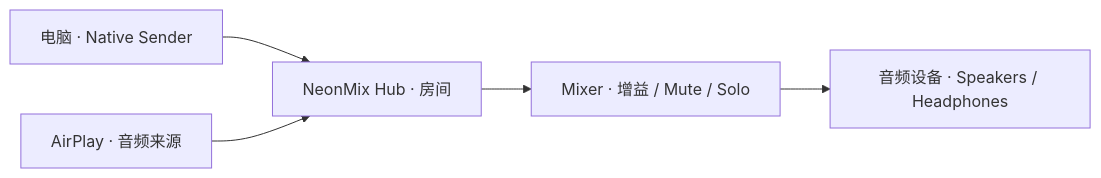
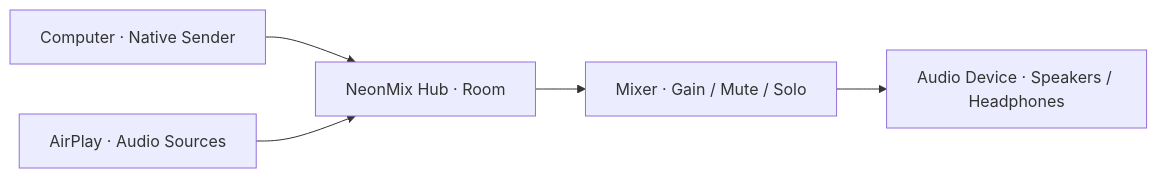
One commit to Linorman/NeonMix changed the diagram in README.md. Above: the diagram before and after it, drawn with Mermaid. The commit also changed other lines of this file and 3 other files, not shown here.

````diff
--- a/README.md
+++ b/README.md
@@ -64,7 +41,7 @@
 ```mermaid
 flowchart LR
-    S["电脑 · Native Sender"] --> H["NeonMix Hub · 房间"]
-    A["AirPlay · 音频来源"] --> H
-    H --> M["Mixer · 增益 / Mute / Solo"]
-    M --> O["音频设备 · Speakers / Headphones"]
+    S["Computer · Native Sender"] --> H["NeonMix Hub · Room"]
+    A["AirPlay · Audio Sources"] --> H
+    H --> M["Mixer · Gain / Mute / Solo"]
+    M --> O["Audio Device · Speakers / Headphones"]
 ```
````
